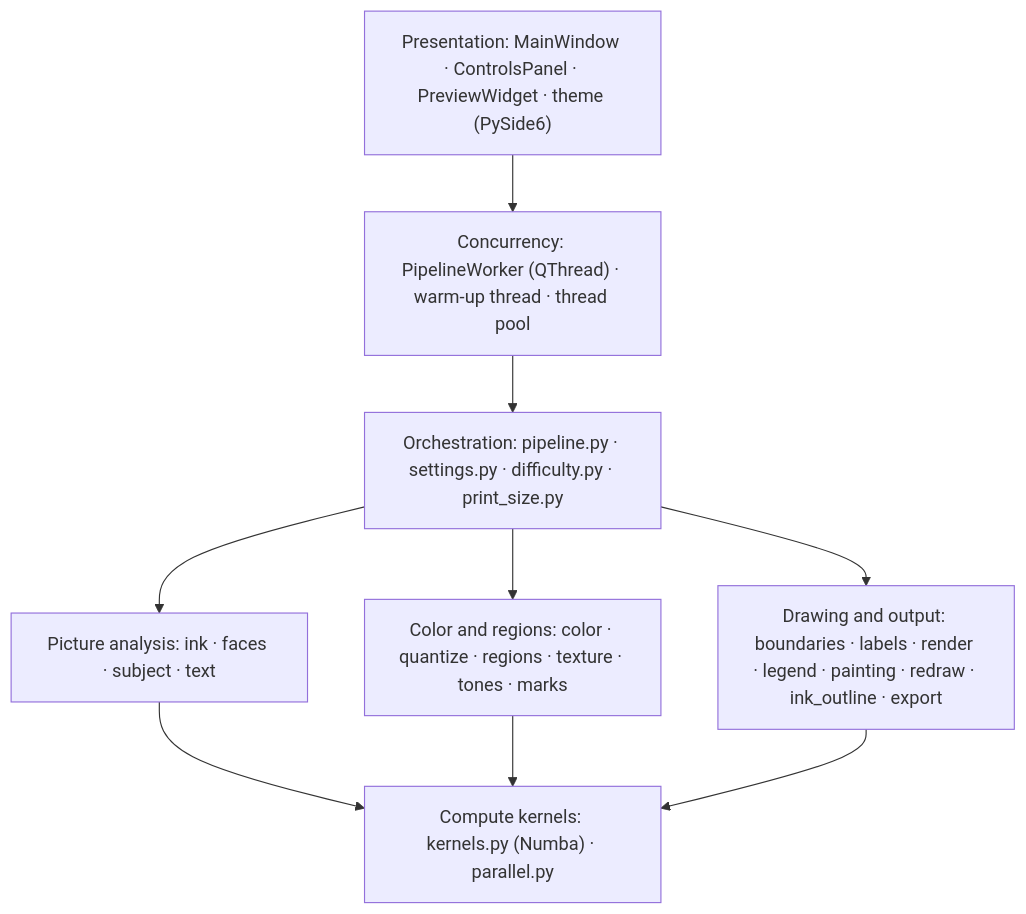
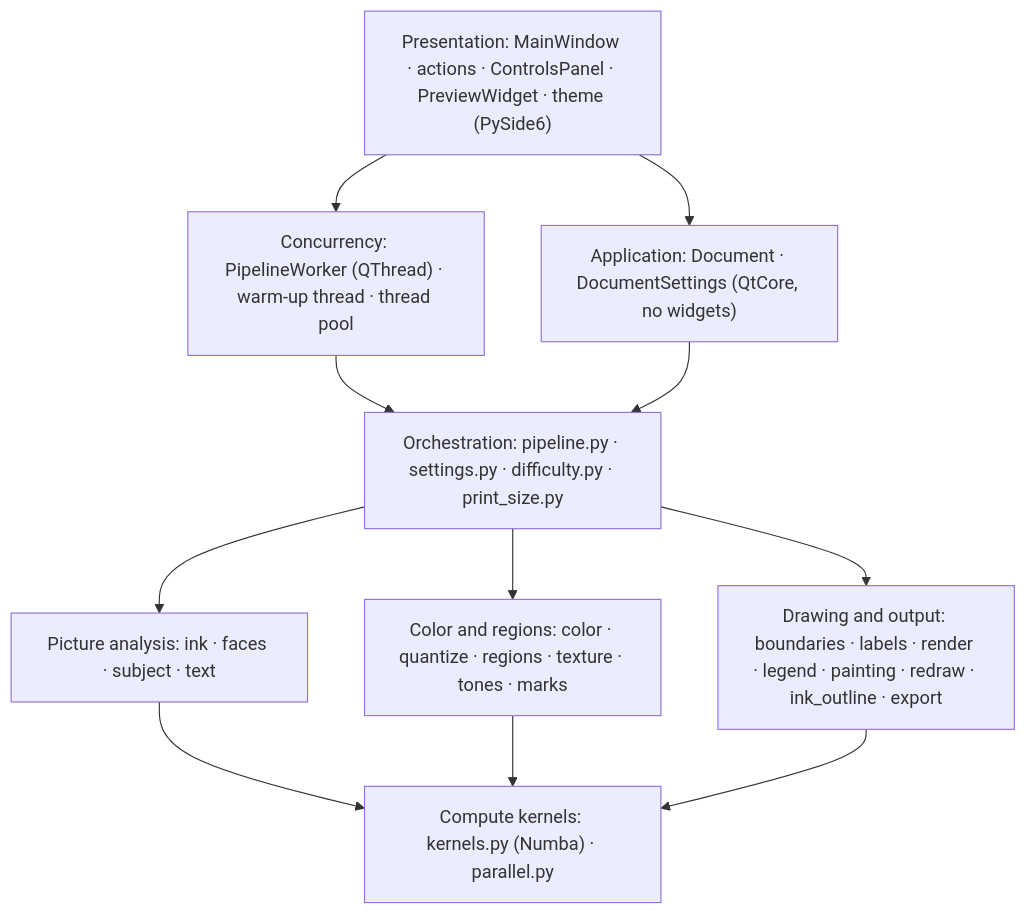
The diagram in wiki/Architecture.md (maximshilo/tessellatum), drawn with Mermaid before and after one commit. The commit also changed other lines of this file and 17 other files, not shown here.

````diff
--- a/wiki/Architecture.md
+++ b/wiki/Architecture.md
@@ -5,13 +5,16 @@
 ```mermaid
 flowchart TB
-    GUI["Presentation: MainWindow · ControlsPanel · PreviewWidget · theme (PySide6)"]
+    GUI["Presentation: MainWindow · actions · ControlsPanel · PreviewWidget · theme (PySide6)"]
+    APP["Application: Document · DocumentSettings (QtCore, no widgets)"]
     W["Concurrency: PipelineWorker (QThread) · warm-up thread · thread pool"]
     O["Orchestration: pipeline.py · settings.py · difficulty.py · print_size.py"]
     AN["Picture analysis: ink · faces · subject · text"]
     RG["Color and regions: color · quantize · regions · texture · tones · marks"]
     DR["Drawing and output: boundaries · labels · render · legend · painting · redraw · ink_outline · export"]
     K["Compute kernels: kernels.py (Numba) · parallel.py"]
+    GUI --> APP
     GUI --> W --> O
+    APP --> O
     O --> AN & RG & DR
     AN & RG & DR --> K
 ```
````
